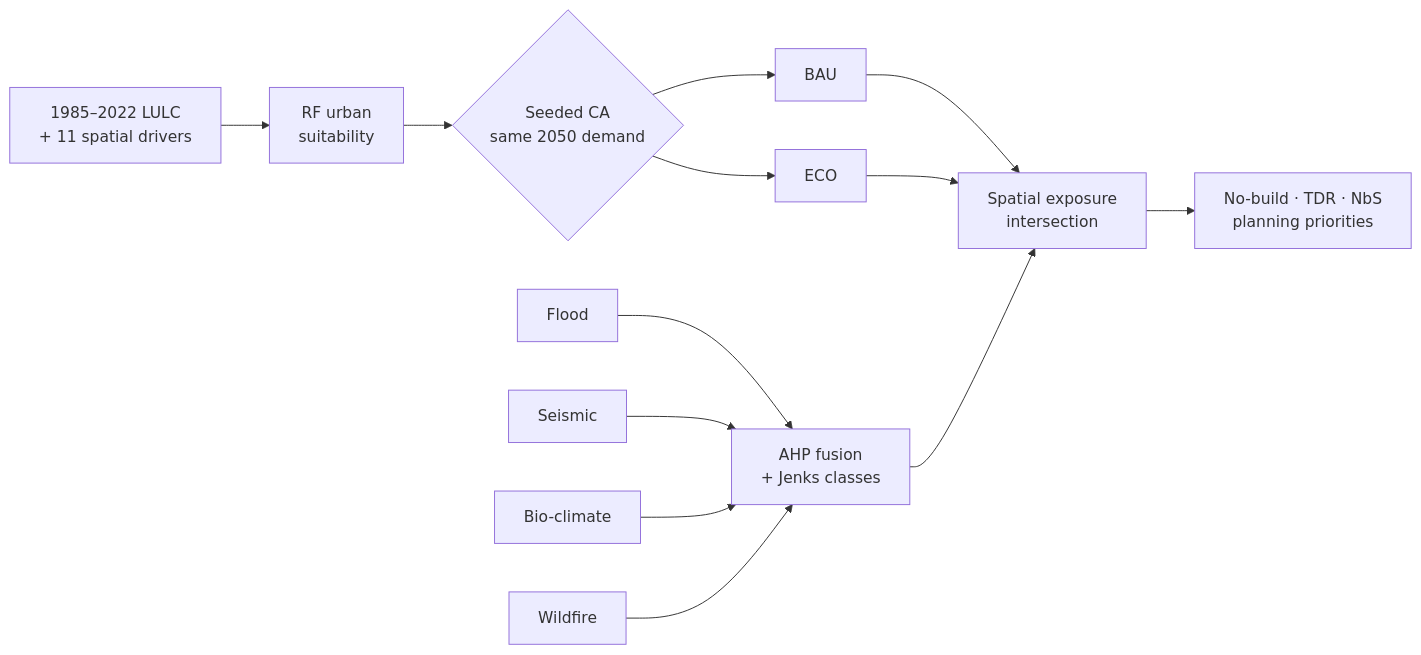
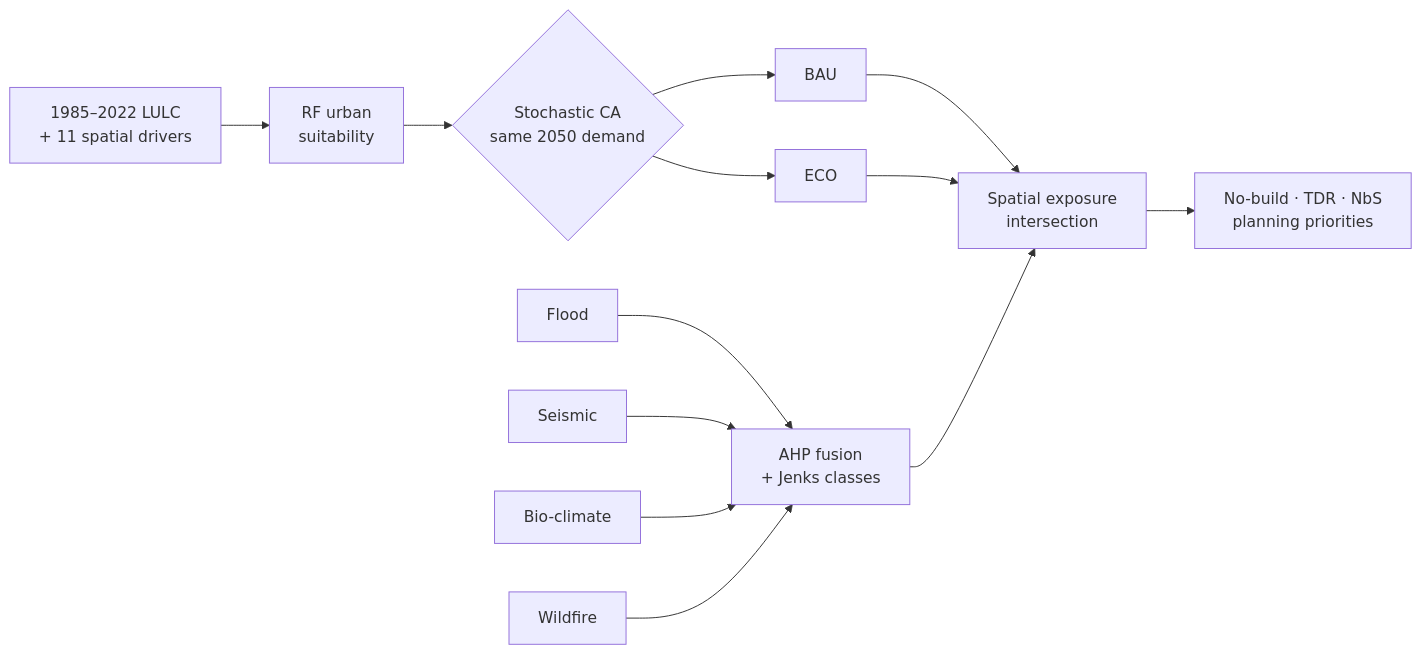
The diagram in README.md (YusufEminoglu/north-aegean-hazard-sprawl), drawn with Mermaid before and after one commit. The commit also changed 4 other files, not shown here.

Commit message:
R4: final consistency fixes (docs, fig labels, as-run reproducibility notes)

```diff
--- a/README.md
+++ b/README.md
@@ -46,15 +46,15 @@
 ~~~mermaid
 flowchart LR
     A["1985–2022 LULC<br>+ 11 spatial drivers"] --> B["RF urban<br>suitability"]
-    B --> C{"Seeded CA<br>same 2050 demand"}
+    B --> C{"Stochastic CA<br>same 2050 demand"}
     C --> D["BAU"]
     C --> E["ECO"]
     F["Flood"] --> J["AHP fusion<br>+ Jenks classes"]
     G["Seismic"] --> J
     H["Bio-climate"] --> J
     I["Wildfire"] --> J
     D --> K["Spatial exposure<br>intersection"]
     E --> K
     J --> K
     K --> L["No-build · TDR · NbS<br>planning priorities"]
 ~~~
```
